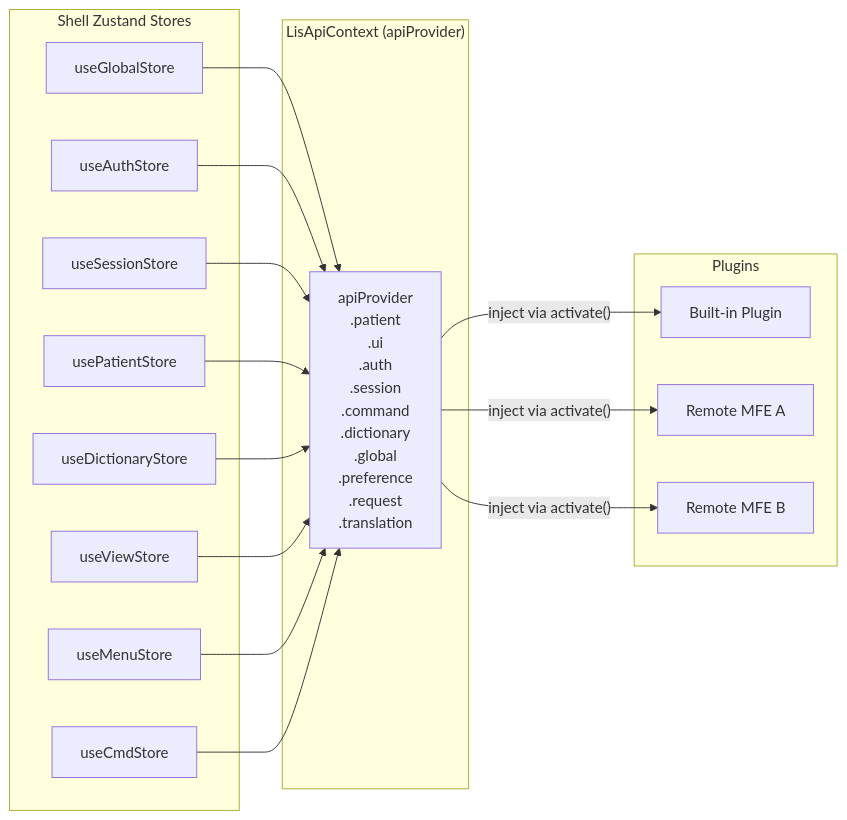
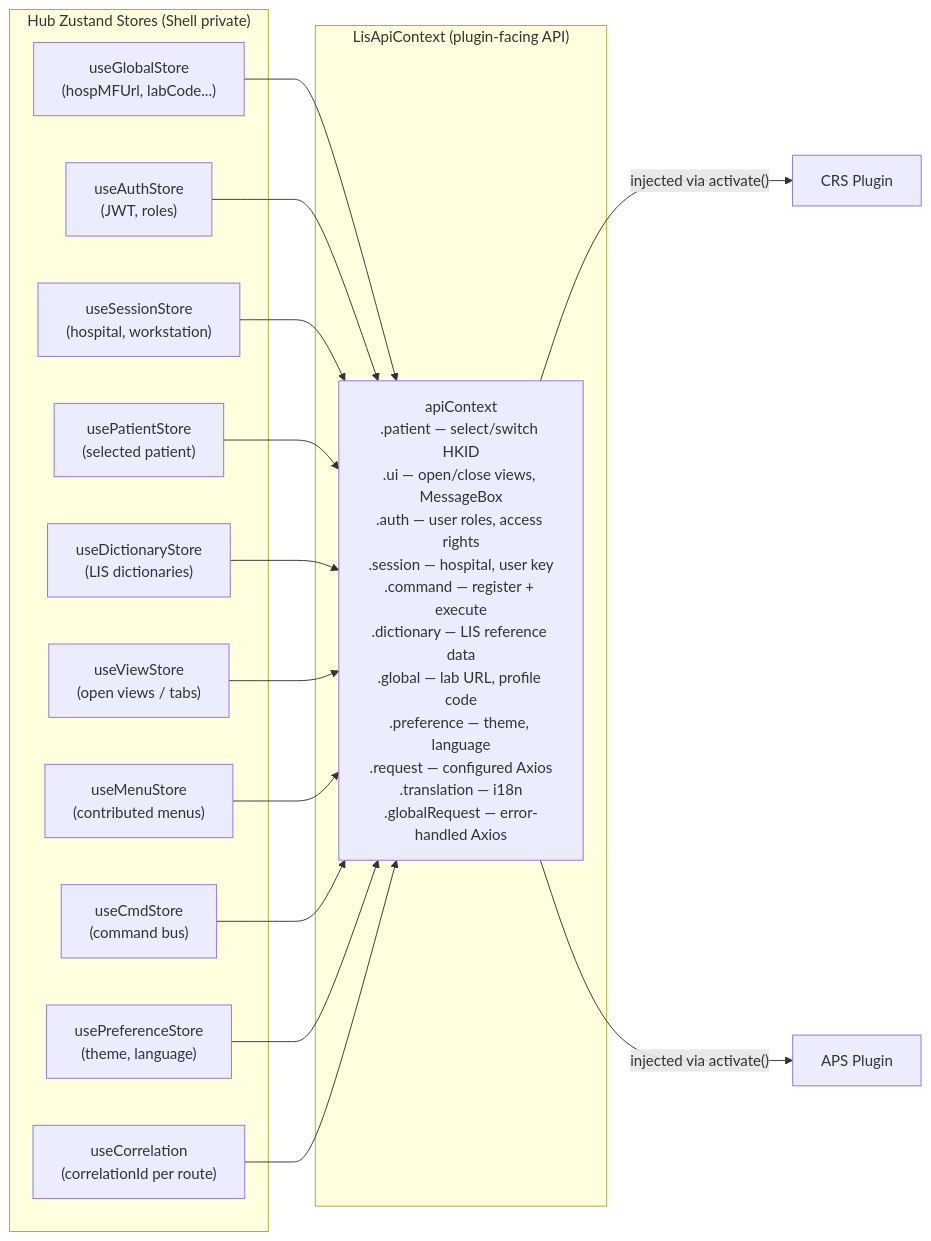
The fifth of 8 diagrams in LIS/ECP/Micro-Frontend-Backend Architecture/02 - Micro-Frontend Architecture.md (DragonChong/HA-Notes), drawn with Mermaid before and after one commit. The commit also changed other lines of this file and 2 other files, not shown here.

````diff
--- a/LIS/ECP/Micro-Frontend-Backend Architecture/02 - Micro-Frontend Architecture.md
+++ b/LIS/ECP/Micro-Frontend-Backend Architecture/02 - Micro-Frontend Architecture.md
@@ -140,35 +194,23 @@
 ```mermaid
 graph LR
-    subgraph "Shell Zustand Stores"
-        GS["useGlobalStore"]
-        AS["useAuthStore"]
-        SS["useSessionStore"]
-        PS["usePatientStore"]
-        DS["useDictionaryStore"]
-        VS["useViewStore"]
-        MS["useMenuStore"]
-        CS["useCmdStore"]
+    subgraph "Hub Zustand Stores (Shell private)"
+        G["useGlobalStore\n(hospMFUrl, labCode...)"]
+        A["useAuthStore\n(JWT, roles)"]
+        S["useSessionStore\n(hospital, workstation)"]
+        P["usePatientStore\n(selected patient)"]
+        D["useDictionaryStore\n(LIS dictionaries)"]
+        V["useViewStore\n(open views / tabs)"]
+        M["useMenuStore\n(contributed menus)"]
+        C["useCmdStore\n(command bus)"]
+        Pref["usePreferenceStore\n(theme, language)"]
+        Corr["useCorrelation\n(correlationId per route)"]
     end
 
-    subgraph "LisApiContext (apiProvider)"
-        AP["apiProvider\n.patient\n.ui\n.auth\n.session\n.command\n.dictionary\n.global\n.preference\n.request\n.translation"]
+    subgraph "LisApiContext (plugin-facing API)"
+        API["apiContext\n.patient — select/switch HKID\n.ui — open/close views, MessageBox\n.auth — user roles, access rights\n.session — hospital, user key\n.command — register + execute\n.dictionary — LIS reference data\n.global — lab URL, profile code\n.preference — theme, language\n.request — configured Axios\n.translation — i18n\n.globalRequest — error-handled Axios"]
     end
 
-    subgraph "Plugins"
-        P1["Built-in Plugin"]
-        P2["Remote MFE A"]
-        P3["Remote MFE B"]
-    end
-
-    GS --> AP
-    AS --> AP
-    SS --> AP
-    PS --> AP
-    DS --> AP
-    VS --> AP
-    MS --> AP
-    CS --> AP
-    AP -->|"inject via activate()"| P1
-    AP -->|"inject via activate()"| P2
-    AP -->|"inject via activate()"| P3
+    G & A & S & P & D & V & M & C & Pref & Corr --> API
+    API -->|"injected via activate()"| Plugin1["CRS Plugin"]
+    API -->|"injected via activate()"| Plugin2["APS Plugin"]
 ```
````
